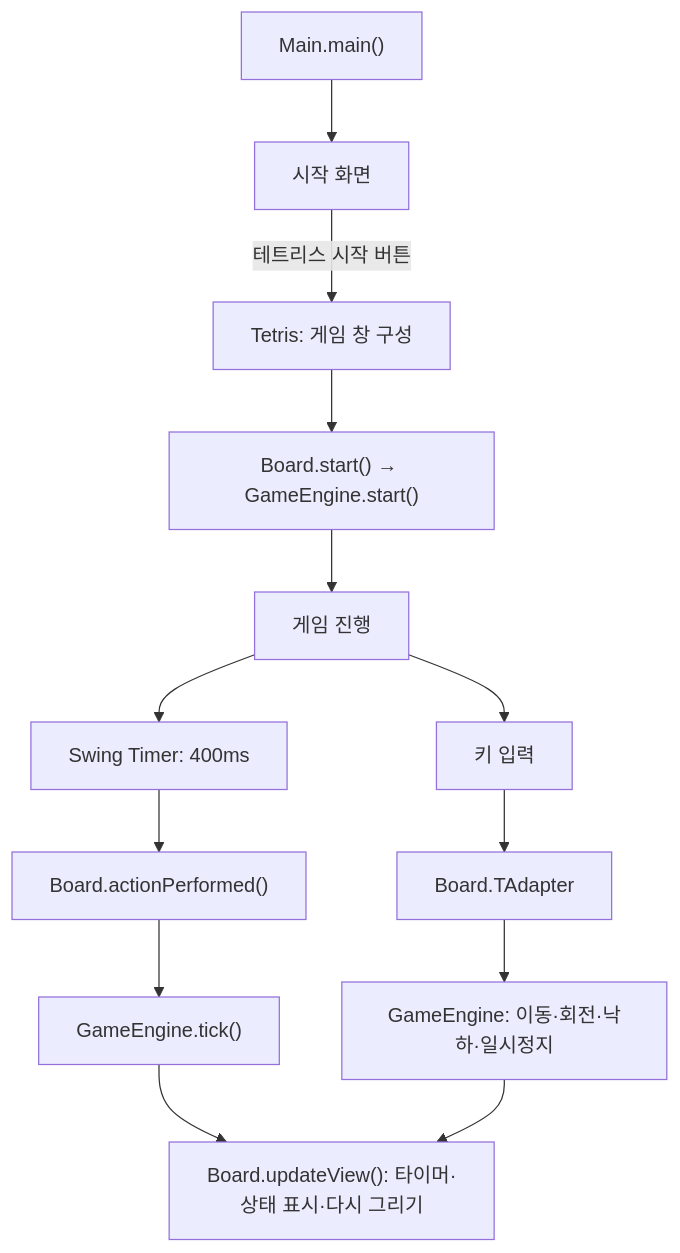
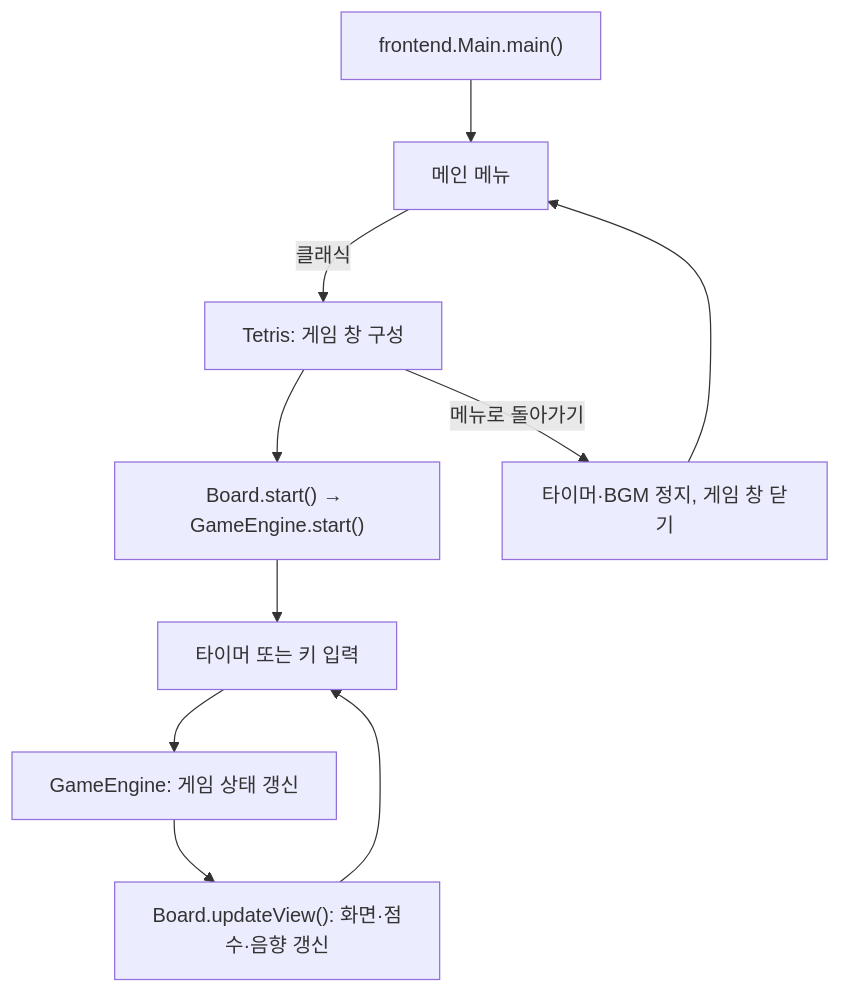
One commit to dev-samuel-codes/Tetris changed the diagram in README.md. Above: the diagram before and after it, drawn with Mermaid. The commit also changed other lines of this file and 11 other files, not shown here.

````diff
--- a/README.md
+++ b/README.md
@@ -92,15 +91,12 @@
 ```mermaid
 flowchart TD
-    A["Main.main()"] --> B["시작 화면"]
-    B -->|테트리스 시작 버튼| C["Tetris: 게임 창 구성"]
+    A["frontend.Main.main()"] --> B["메인 메뉴"]
+    B -->|클래식| C["Tetris: 게임 창 구성"]
     C --> D["Board.start() → GameEngine.start()"]
-    D --> E["게임 진행"]
-    F["Swing Timer: 400ms"] --> G["Board.actionPerformed()"]
-    G --> H["GameEngine.tick()"]
-    I["키 입력"] --> J["Board.TAdapter"]
-    J --> K["GameEngine: 이동·회전·낙하·일시정지"]
-    H --> L["Board.updateView(): 타이머·상태 표시·다시 그리기"]
-    K --> L
-    E --> F
-    E --> I
+    D --> E["타이머 또는 키 입력"]
+    E --> F["GameEngine: 게임 상태 갱신"]
+    F --> G["Board.updateView(): 화면·점수·음향 갱신"]
+    G --> E
+    C -->|메뉴로 돌아가기| H["타이머·BGM 정지, 게임 창 닫기"]
+    H --> B
 ```
````
